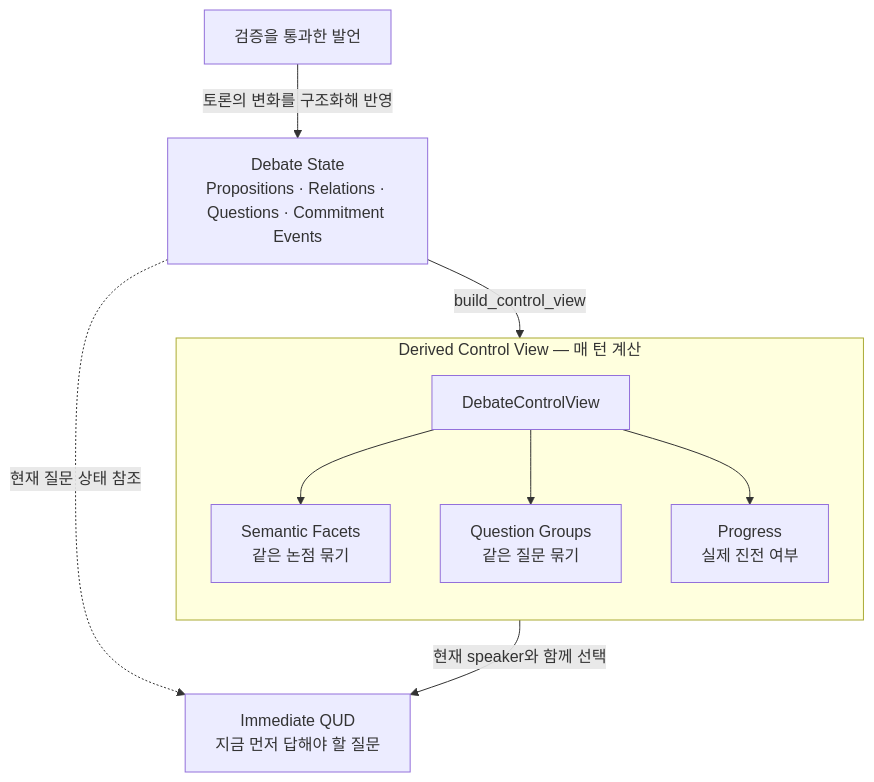
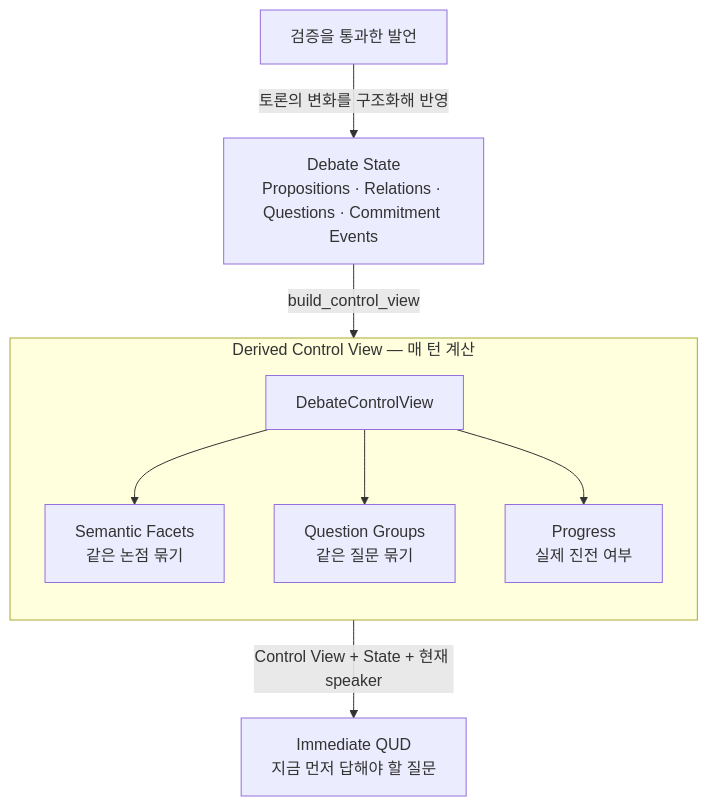
One commit to hodob/A1-3 changed the fifth of 11 diagrams in README.md. Above: the diagram before and after it, drawn with Mermaid. The commit also changed other lines of this file, not shown here.

Commit message:
docs: simplify debate state and runtime diagrams

````diff
--- a/README.md
+++ b/README.md
@@ -238,21 +238,20 @@
 ```mermaid
 flowchart TD
     A[검증을 통과한 발언]
     A -->|토론의 변화를 구조화해 반영| S[Debate State<br/>Propositions · Relations · Questions · Commitment Events]
     S -->|build_control_view| V0
 
     subgraph V[Derived Control View — 매 턴 계산]
         direction TD
         V0[DebateControlView]
         F[Semantic Facets<br/>같은 논점 묶기]
         G[Question Groups<br/>같은 질문 묶기]
         H[Progress<br/>실제 진전 여부]
 
         V0 --> F
         V0 --> G
         V0 --> H
     end
 
-    V0 -->|현재 speaker와 함께 선택| Q[Immediate QUD<br/>지금 먼저 답해야 할 질문]
-    S -.->|현재 질문 상태 참조| Q
+    V0 -->|Control View + State + 현재 speaker| Q[Immediate QUD<br/>지금 먼저 답해야 할 질문]
 ```
````
